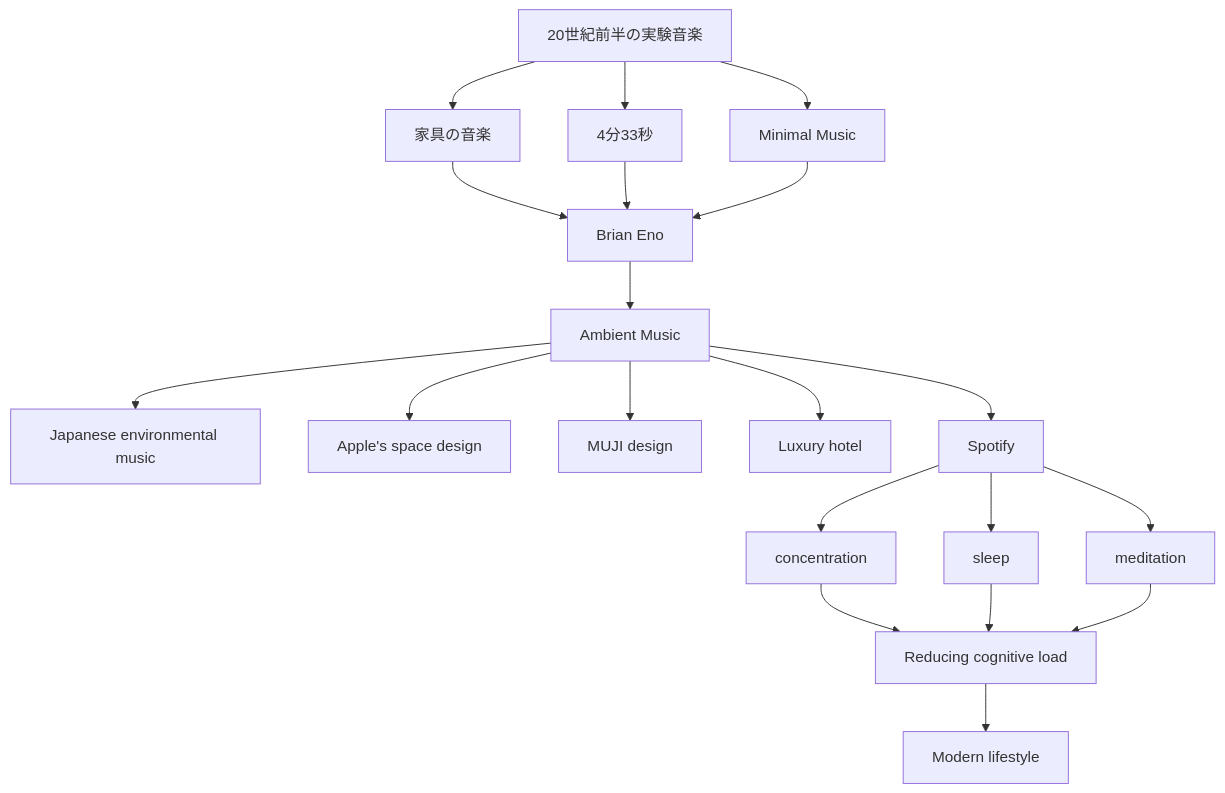
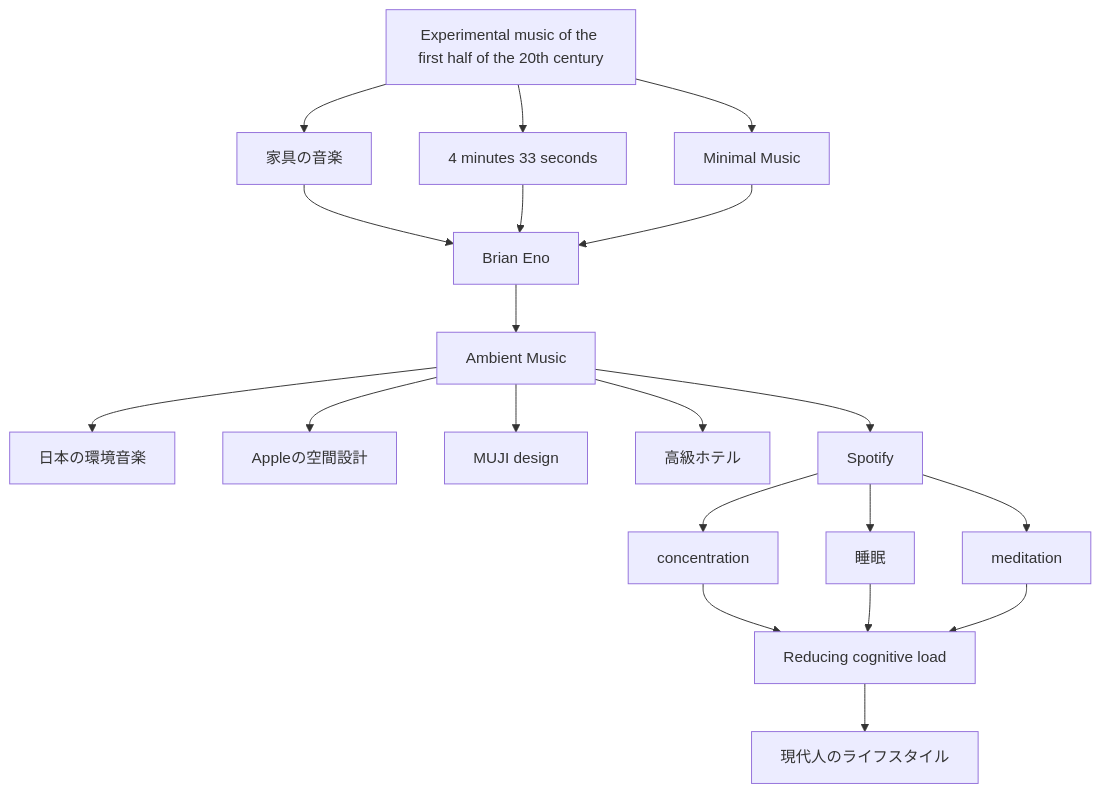
One commit to monumental-movement/monumental-movement.github.io changed the first of 2 diagrams in en/_posts/2026-06-27-column-ambient-music-wealthy.md. Above: the diagram before and after it, drawn with Mermaid. The commit also changed other lines of this file and 2196 other files, not shown here.

```diff
--- a/en/_posts/2026-06-27-column-ambient-music-wealthy.md
+++ b/en/_posts/2026-06-27-column-ambient-music-wealthy.md
@@ -842,30 +842,30 @@
 <div class="mermaid">
 flowchart TD
 
-A["20世紀前半の実験音楽"]
+A["Experimental music of the first half of the 20th century"]
 A --> B["家具の音楽"]
-A --> C["4分33秒"]
+A --> C["4 minutes 33 seconds"]
 A --> D["Minimal Music"]
 
 B --> E["Brian Eno"]
 C --> E
 D --> E
 
 E --> F["Ambient Music"]
 
-F --> G["Japanese environmental music"]
-F --> H["Apple's space design"]
+F --> G["日本の環境音楽"]
+F --> H["Appleの空間設計"]
 F --> I["MUJI design"]
-F --> J["Luxury hotel"]
+F --> J["高級ホテル"]
 F --> K["Spotify"]
 
 K --> L["concentration"]
-K --> M["sleep"]
+K --> M["睡眠"]
 K --> N["meditation"]
 
 L --> O["Reducing cognitive load"]
 M --> O
 N --> O
 
-O --> P["Modern lifestyle"]
+O --> P["現代人のライフスタイル"]
 </div>
```
